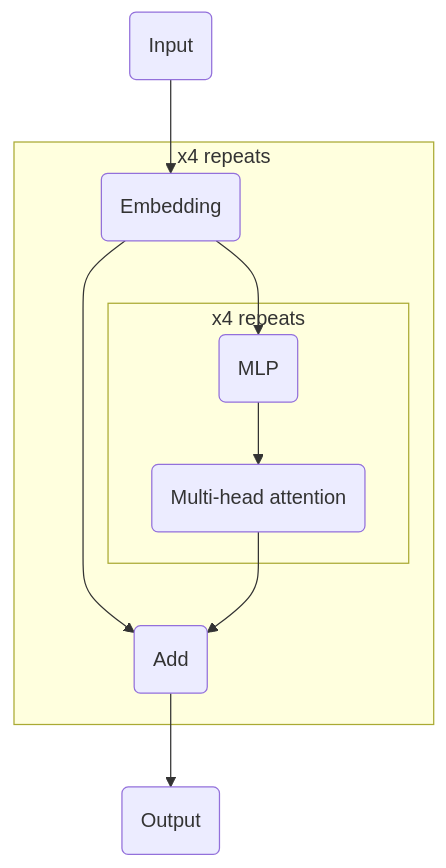
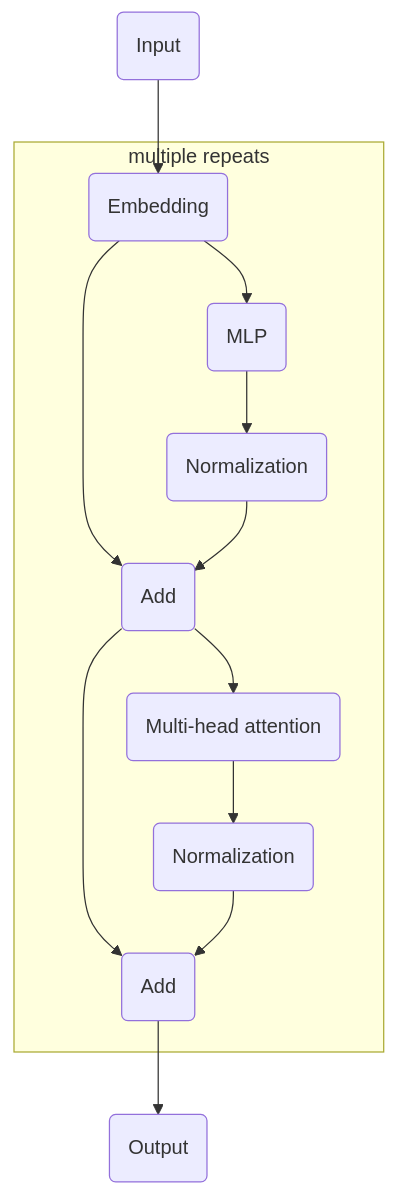
One commit to kongaskristjan/basics-from-scatch changed the second of 3 diagrams in pretraining/README.md. Above: the diagram before and after it, drawn with Mermaid.

Commit message:
Fix pretraining README

````diff
--- a/pretraining/README.md
+++ b/pretraining/README.md
@@ -24,21 +24,26 @@
 ```mermaid
 flowchart TD
 
 input(Input)
-subgraph "x4 repeats"
+subgraph "multiple repeats"
     embedding(Embedding)
-    add(Add)
-    subgraph "x4 repeats "
-        mlp(MLP)
-        attention(Multi-head attention)
-    end
+    mlp(MLP)
+    norm1(Normalization)
+    add1(Add)
+    attention(Multi-head attention)
+    norm2(Normalization)
+    add2(Add)
 end
 output(Output)
 
 input --> embedding
-embedding --> add
+embedding --> add1
 embedding --> mlp
-mlp --> attention
-attention --> add
-add --> output
+mlp --> norm1
+norm1 --> add1
+add1 --> add2
+add1 --> attention
+attention --> norm2
+norm2 --> add2
+add2 --> output
 ```
````
